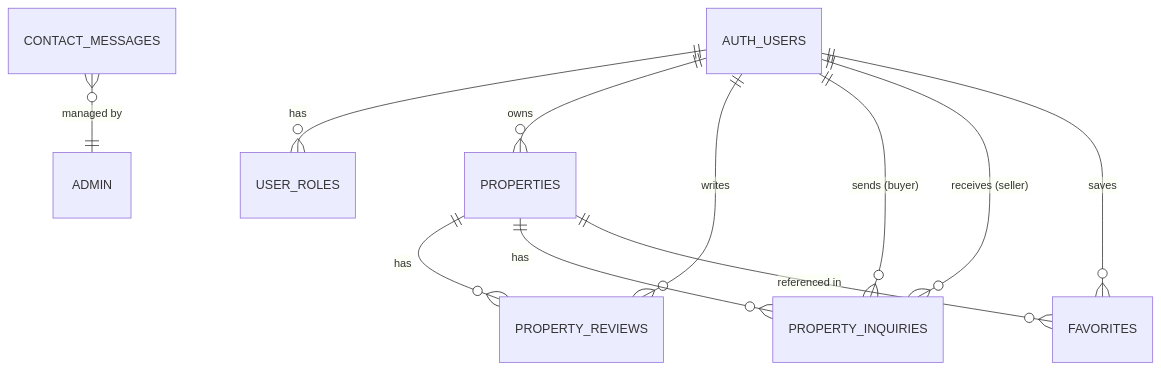
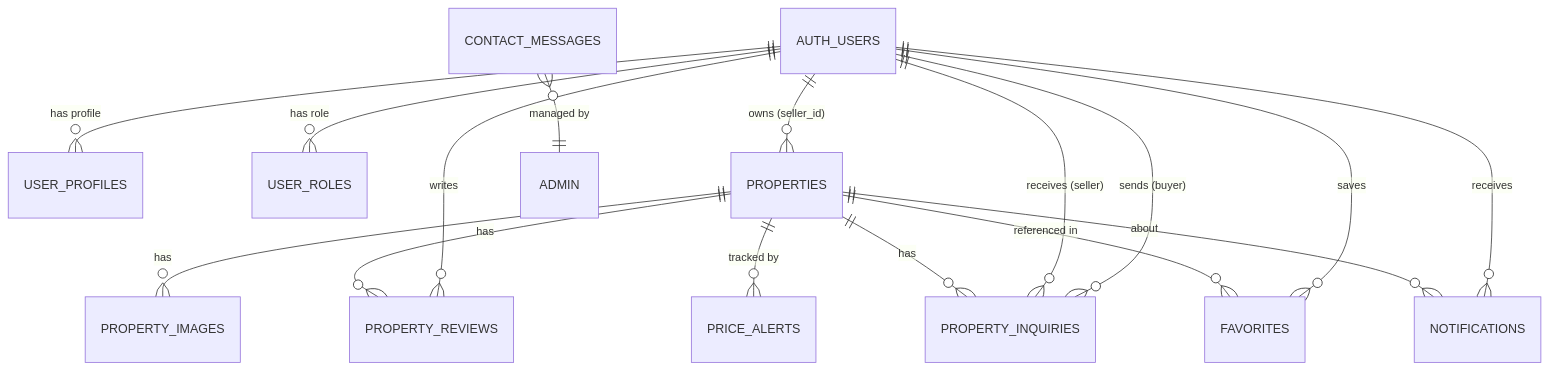
The diagram in .AI/DATABASE_SCHEMA.md (HashanHirantha/GP_one_year_project), drawn with Mermaid before and after one commit. The commit also changed other lines of this file and 2 other files, not shown here.

Commit message:
docs: add project overview, database schema, and feature roadmap documentation to .AI directory

````diff
--- a/.AI/DATABASE_SCHEMA.md
+++ b/.AI/DATABASE_SCHEMA.md
@@ -11,13 +12,18 @@
 ```mermaid
 erDiagram
-    AUTH_USERS ||--o{ USER_ROLES : "has"
-    AUTH_USERS ||--o{ PROPERTIES : "owns"
+    AUTH_USERS ||--o{ USER_PROFILES : "has profile"
+    AUTH_USERS ||--o{ USER_ROLES : "has role"
+    AUTH_USERS ||--o{ PROPERTIES : "owns (seller_id)"
     AUTH_USERS ||--o{ PROPERTY_REVIEWS : "writes"
     AUTH_USERS ||--o{ PROPERTY_INQUIRIES : "sends (buyer)"
     AUTH_USERS ||--o{ PROPERTY_INQUIRIES : "receives (seller)"
     AUTH_USERS ||--o{ FAVORITES : "saves"
+    AUTH_USERS ||--o{ NOTIFICATIONS : "receives"
+    PROPERTIES ||--o{ PROPERTY_IMAGES : "has"
     PROPERTIES ||--o{ PROPERTY_REVIEWS : "has"
     PROPERTIES ||--o{ PROPERTY_INQUIRIES : "has"
     PROPERTIES ||--o{ FAVORITES : "referenced in"
+    PROPERTIES ||--o{ PRICE_ALERTS : "tracked by"
+    PROPERTIES ||--o{ NOTIFICATIONS : "about"
     CONTACT_MESSAGES }o--|| ADMIN : "managed by"
 ```
````
